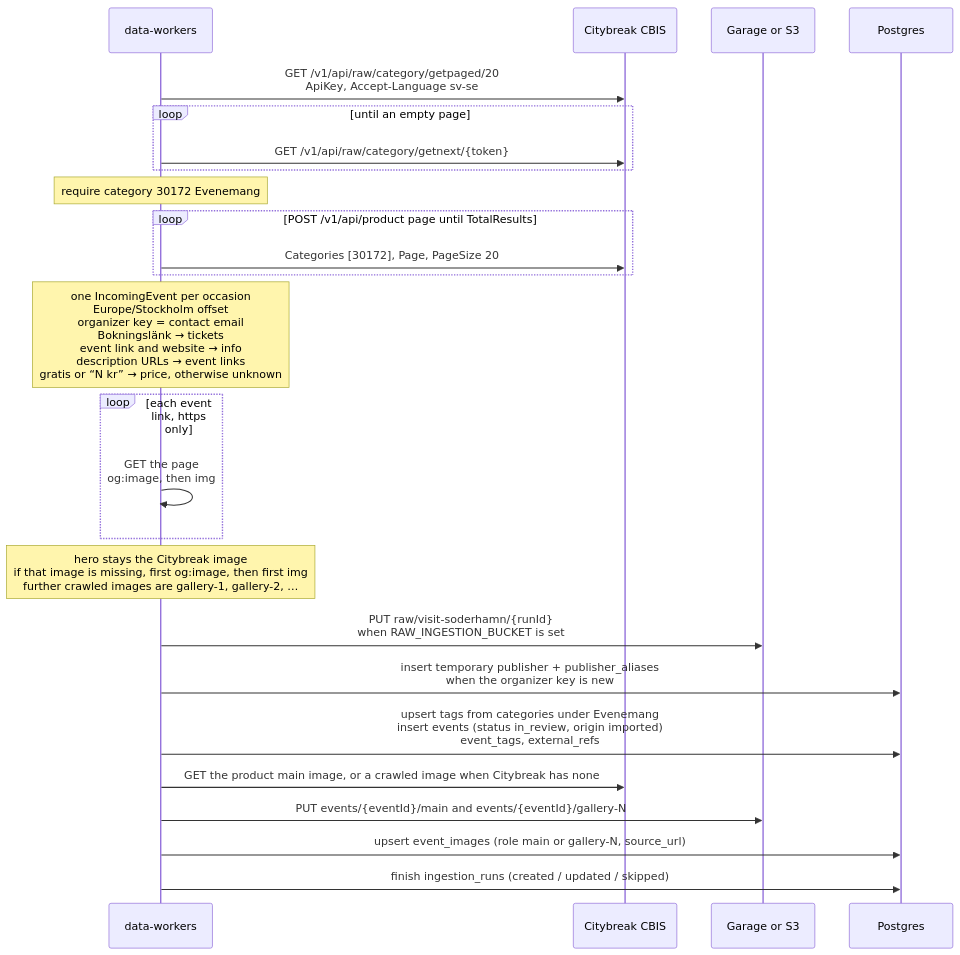
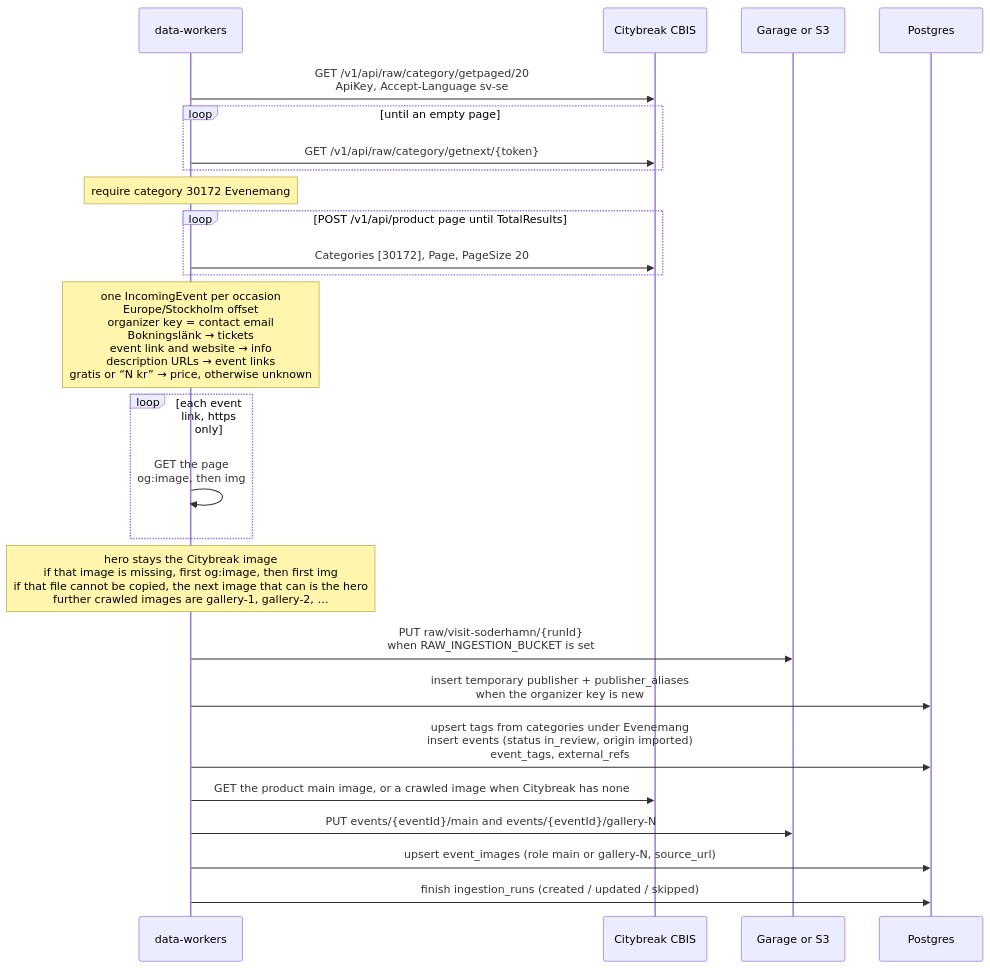
The diagram in docs/flows/visit-soderhamn.md (BradleySmallbottoms/evently), drawn with Mermaid before and after one commit. The commit also changed 10 other files, not shown here.

````diff
--- a/docs/flows/visit-soderhamn.md
+++ b/docs/flows/visit-soderhamn.md
@@ -18,28 +18,28 @@
 ```mermaid
 sequenceDiagram
   participant Runner as data-workers
   participant CBIS as Citybreak CBIS
   participant Store as Garage or S3
   participant DB as Postgres
 
   Runner->>CBIS: GET /v1/api/raw/category/getpaged/20<br/>ApiKey, Accept-Language sv-se
   loop until an empty page
     Runner->>CBIS: GET /v1/api/raw/category/getnext/{token}
   end
   Note over Runner: require category 30172 Evenemang
   loop POST /v1/api/product page until TotalResults
     Runner->>CBIS: Categories [30172], Page, PageSize 20
   end
   Note over Runner: one IncomingEvent per occasion<br/>Europe/Stockholm offset<br/>organizer key = contact email<br/>Bokningslänk → tickets<br/>event link and website → info<br/>description URLs → event links<br/>gratis or “N kr” → price, otherwise unknown
   loop each event link, https only
     Runner->>Runner: GET the page<br/>og:image, then img
   end
-  Note over Runner: hero stays the Citybreak image<br/>if that image is missing, first og:image, then first img<br/>further crawled images are gallery-1, gallery-2, …
+  Note over Runner: hero stays the Citybreak image<br/>if that image is missing, first og:image, then first img<br/>if that file cannot be copied, the next image that can is the hero<br/>further crawled images are gallery-1, gallery-2, …
   Runner->>Store: PUT raw/visit-soderhamn/{runId}<br/>when RAW_INGESTION_BUCKET is set
   Runner->>DB: insert temporary publisher + publisher_aliases<br/>when the organizer key is new
   Runner->>DB: upsert tags from categories under Evenemang<br/>insert events (status in_review, origin imported)<br/>event_tags, external_refs
   Runner->>CBIS: GET the product main image, or a crawled image when Citybreak has none
   Runner->>Store: PUT events/{eventId}/main and events/{eventId}/gallery-N
   Runner->>DB: upsert event_images (role main or gallery-N, source_url)
   Runner->>DB: finish ingestion_runs (created / updated / skipped)
 ```
````
